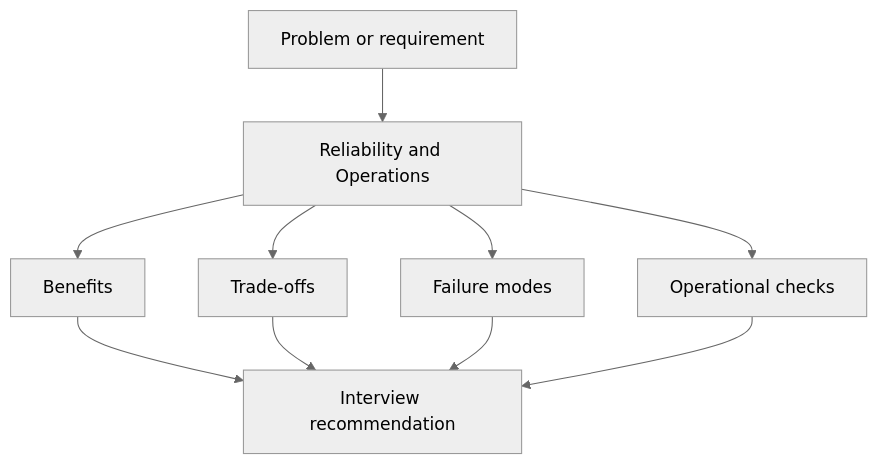
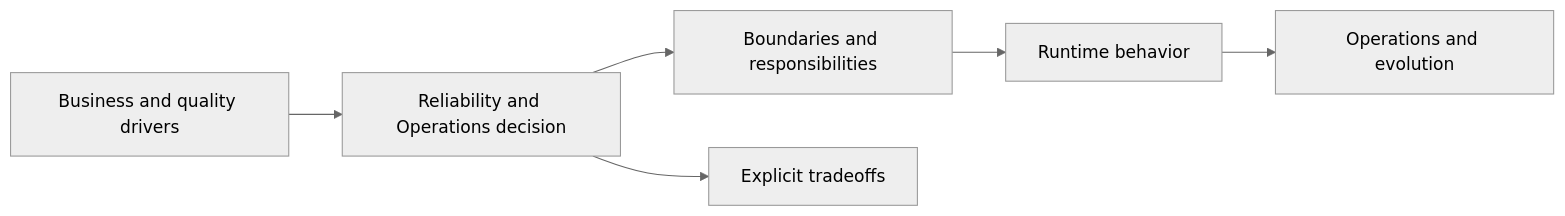
The first of 2 diagrams in architecture/reliability-operations/index.md (abstractinterviews/abstractinterviews.github.io), drawn with Mermaid (neutral theme) before and after one commit. The commit also changed other lines of this file and 278 other files, not shown here.

````diff
--- a/architecture/reliability-operations/index.md
+++ b/architecture/reliability-operations/index.md
@@ -124,12 +116,8 @@
-~~~mermaid
-flowchart TD
-    Problem["Problem or requirement"] --> Concept["Reliability and Operations"]
-    Concept --> Benefits["Benefits"]
-    Concept --> Tradeoffs["Trade-offs"]
-    Concept --> FailureModes["Failure modes"]
-    Concept --> Operations["Operational checks"]
-    Benefits --> Decision["Interview recommendation"]
-    Tradeoffs --> Decision
-    FailureModes --> Decision
-    Operations --> Decision
-~~~
+```mermaid
+flowchart LR
+    Drivers["Business and quality drivers"] --> Decision["Reliability and Operations decision"]
+    Decision --> Structure["Boundaries and responsibilities"]
+    Structure --> Runtime["Runtime behavior"]
+    Runtime --> Ops["Operations and evolution"]
+    Decision --> Tradeoffs["Explicit tradeoffs"]
+```
````
